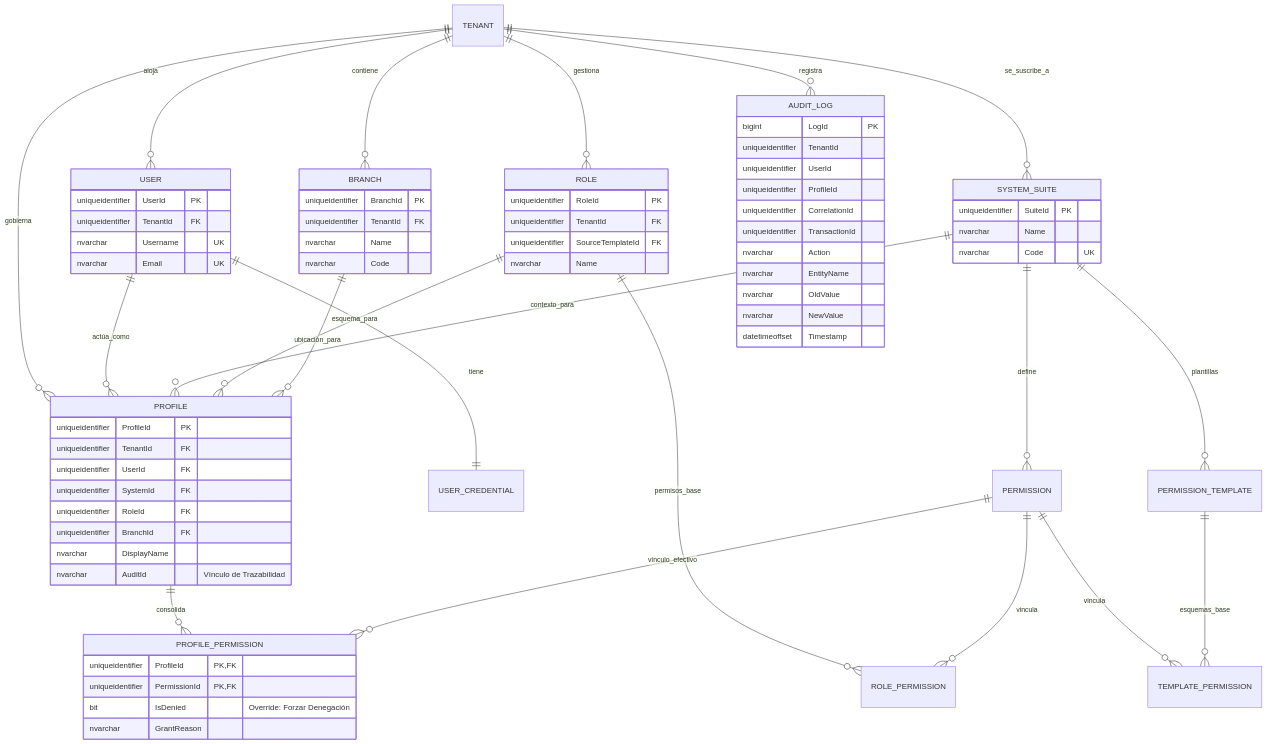
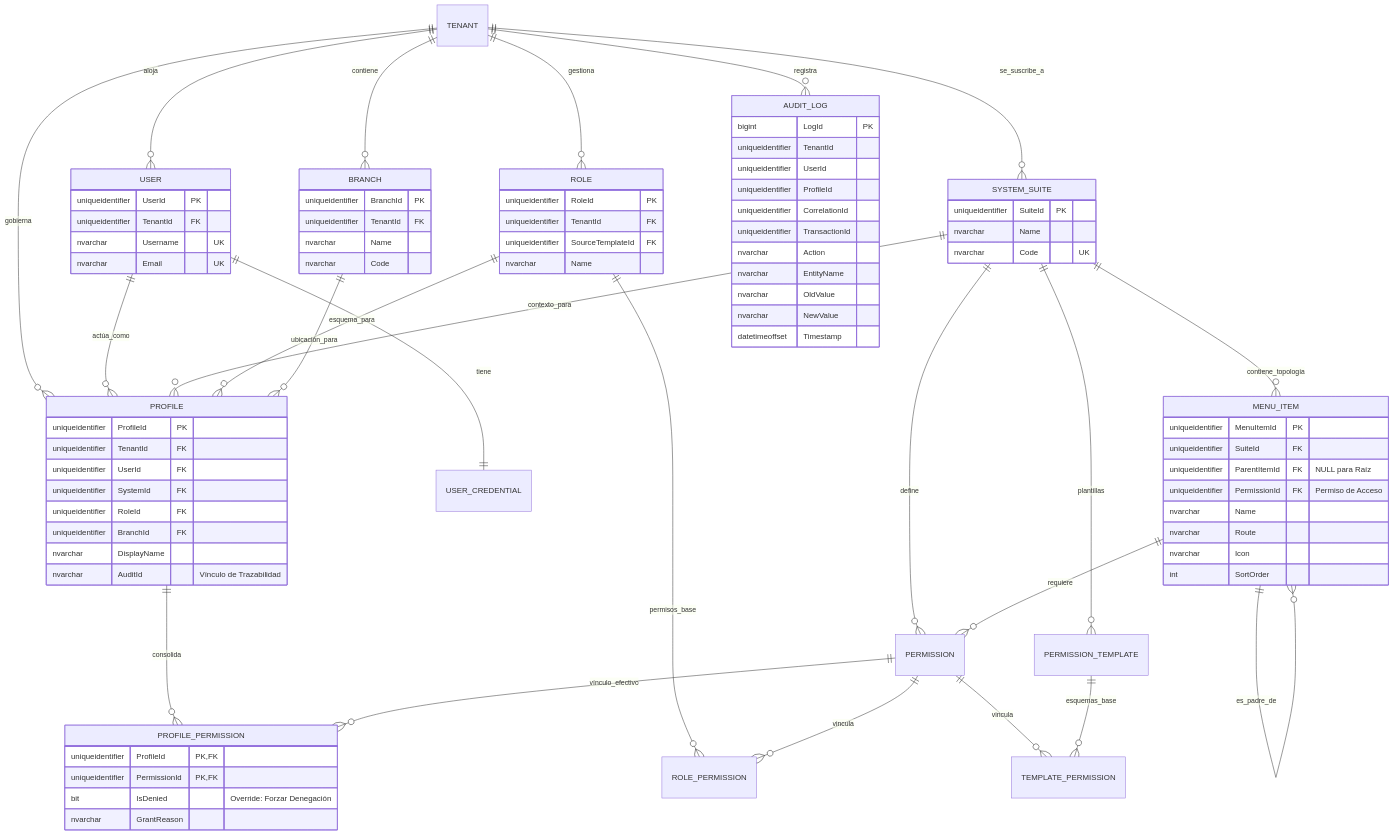
One commit to beyondnetcode/ums changed the diagram in architecture/blueprints-es/database-design-er.md. Above: the diagram before and after it, drawn with Mermaid. The commit also changed 1 other file, not shown here.

Commit message:
docs(er): add menu topology under suite and verify profile-level audit logs

```diff
--- a/architecture/blueprints-es/database-design-er.md
+++ b/architecture/blueprints-es/database-design-er.md
@@ -43,6 +43,10 @@
     SYSTEM_SUITE ||--o{ PERMISSION : "define"
     SYSTEM_SUITE ||--o{ PERMISSION_TEMPLATE : "plantillas"
     SYSTEM_SUITE ||--o{ PROFILE : "contexto_para"
+    SYSTEM_SUITE ||--o{ MENU_ITEM : "contiene_topología"
+
+    MENU_ITEM ||--o{ MENU_ITEM : "es_padre_de"
+    MENU_ITEM ||--o{ PERMISSION : "requiere"
 
     ROLE ||--o{ PROFILE : "esquema_para"
     ROLE ||--o{ ROLE_PERMISSION : "permisos_base"
@@ -102,6 +106,17 @@
         nvarchar Code
     }
 
+    MENU_ITEM {
+        uniqueidentifier MenuItemId PK
+        uniqueidentifier SuiteId FK
+        uniqueidentifier ParentItemId FK "NULL para Raíz"
+        uniqueidentifier PermissionId FK "Permiso de Acceso"
+        nvarchar Name
+        nvarchar Route
+        nvarchar Icon
+        int SortOrder
+    }
+
     AUDIT_LOG {
         bigint LogId PK
         uniqueidentifier TenantId
```
